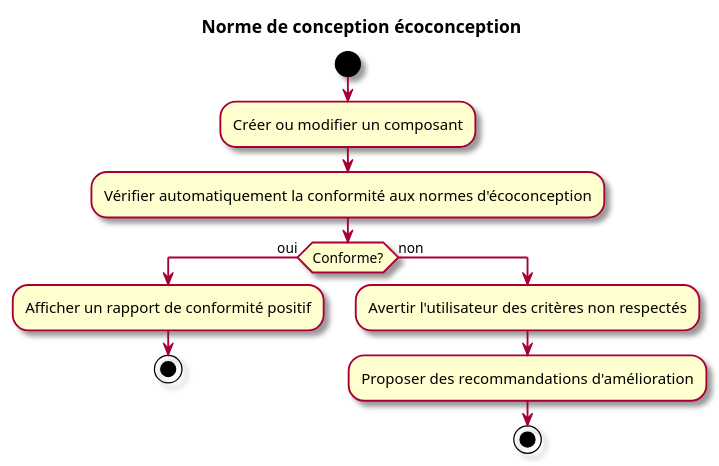
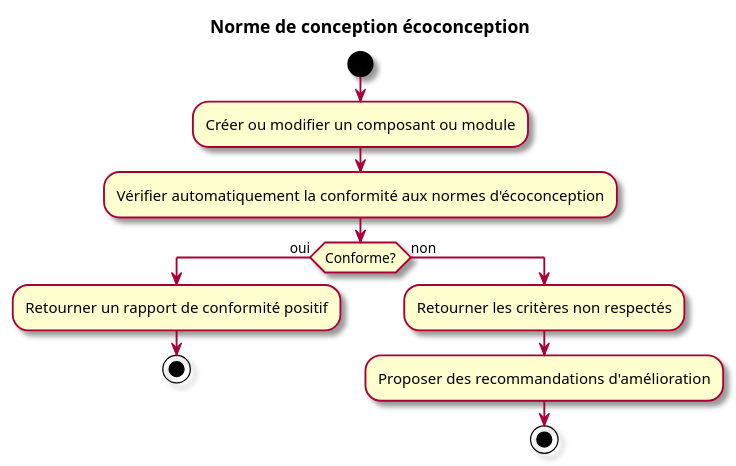
The second of 2 diagrams in specs/1-Expression/UCPI-Propriete_Intellectuelle/UCPI10.md (olivaux/myr), drawn with PlantUML before and after one commit. The commit also changed other lines of this file and 65 other files, not shown here.

````diff
--- a/specs/1-Expression/UCPI-Propriete_Intellectuelle/UCPI10.md
+++ b/specs/1-Expression/UCPI-Propriete_Intellectuelle/UCPI10.md
@@ -60,17 +62,17 @@
 ```plantuml
 @startuml
 skin rose
 title Norme de conception écoconception
 start
-:Créer ou modifier un composant;
+:Créer ou modifier un composant ou module;
 :Vérifier automatiquement la conformité aux normes d'écoconception;
 if (Conforme?) then (oui)
-  :Afficher un rapport de conformité positif;
+  :Retourner un rapport de conformité positif;
   stop
 else (non)
-  :Avertir l'utilisateur des critères non respectés;
+  :Retourner les critères non respectés;
   :Proposer des recommandations d'amélioration;
   stop
 endif
 @enduml
 ```
````
